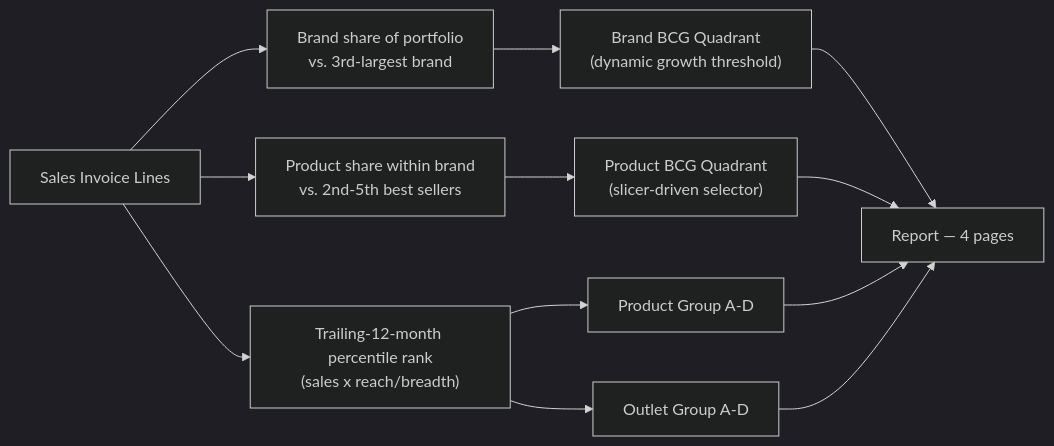
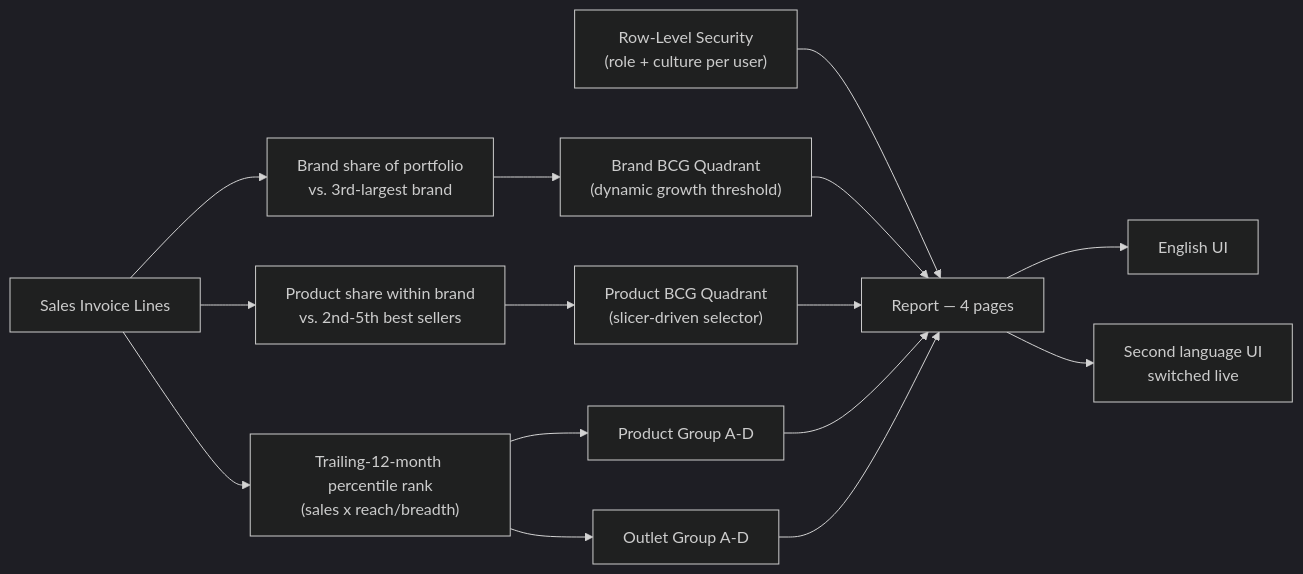
Before and after one commit to fuadgashi/Strategic-Portfolio-Analytics: the diagram in README.md, drawn with Mermaid (dark theme). The commit also changed other lines of this file and 3 other files, not shown here.

Commit message:
Document Security/Labels/Dynamic Labels title architecture

````diff
--- a/README.md
+++ b/README.md
@@ -40,14 +40,17 @@
 ```mermaid
 flowchart LR
     Sales["Sales Invoice Lines"] --> BrandShare["Brand share of portfolio\nvs. 3rd-largest brand"]
     Sales --> ProductShare["Product share within brand\nvs. 2nd-5th best sellers"]
     BrandShare --> BrandBCG["Brand BCG Quadrant\n(dynamic growth threshold)"]
     ProductShare --> ProductBCG["Product BCG Quadrant\n(slicer-driven selector)"]
     Sales --> Segmentation["Trailing-12-month percentile rank\n(sales x reach/breadth)"]
     Segmentation --> ProdGroup["Product Group A-D"]
     Segmentation --> OutletGroup["Outlet Group A-D"]
-    BrandBCG --> RPT[Report — 4 pages]
+    RLS["Row-Level Security\n(role + culture per user)"] --> RPT[Report — 4 pages]
+    BrandBCG --> RPT
     ProductBCG --> RPT
     ProdGroup --> RPT
     OutletGroup --> RPT
+    RPT --> EN[English UI]
+    RPT --> Alt[Second language UI\nswitched live]
 ```
````
